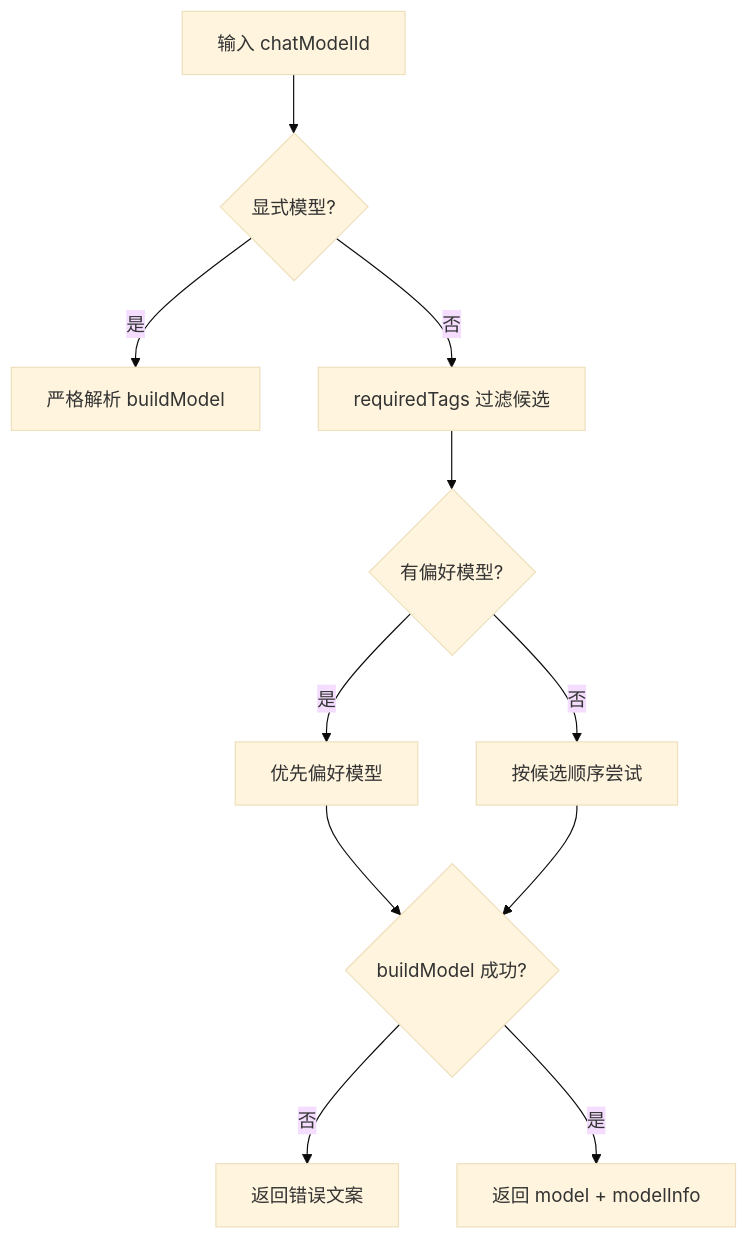
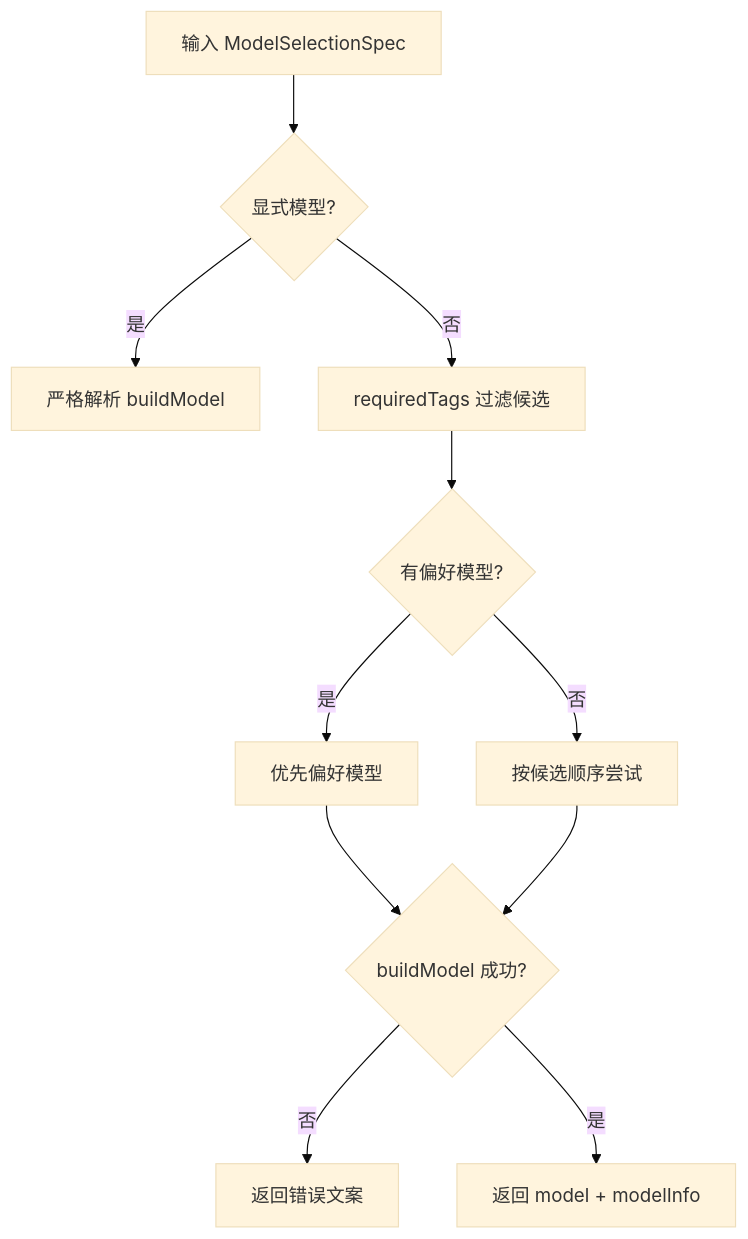
One commit to OpenLoaf/OpenLoaf changed the sixth of 10 diagrams in docs/plans/2026-01-19-ai-oop-refactor-design.md. Above: the diagram before and after it, drawn with Mermaid (base theme). The commit also changed other lines of this file, not shown here.

Commit message:
docs: simplify inheritance and model selection

````diff
--- a/docs/plans/2026-01-19-ai-oop-refactor-design.md
+++ b/docs/plans/2026-01-19-ai-oop-refactor-design.md
@@ -258,13 +253,13 @@
 ```mermaid
 flowchart TD
-  A[输入 chatModelId] --> B{显式模型?}
+  A[输入 ModelSelectionSpec] --> B{显式模型?}
   B -- 是 --> C[严格解析 buildModel]
   B -- 否 --> D[requiredTags 过滤候选]
   D --> E{有偏好模型?}
   E -- 是 --> F[优先偏好模型]
   E -- 否 --> G[按候选顺序尝试]
   F --> H{buildModel 成功?}
   G --> H
   H -- 否 --> I[返回错误文案]
   H -- 是 --> J[返回 model + modelInfo]
 ```
````
